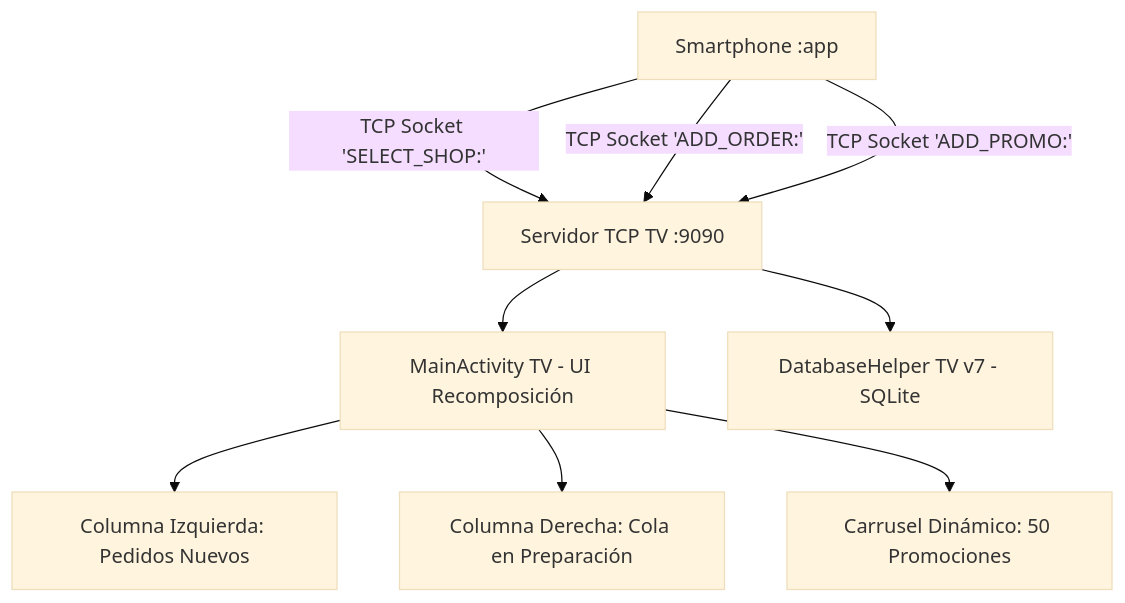
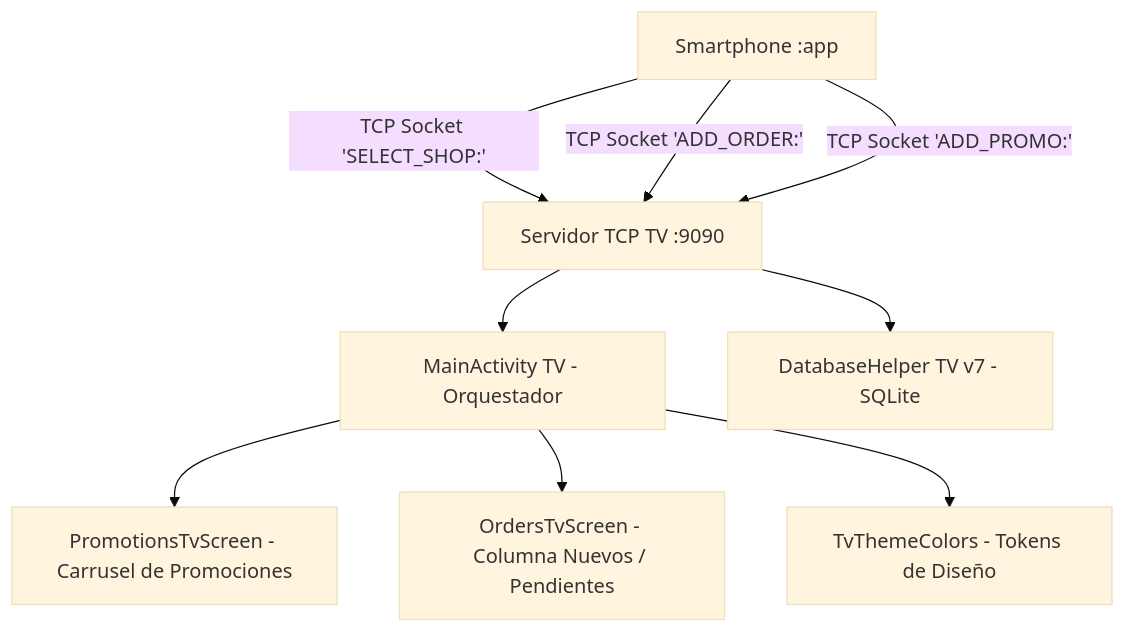
Before and after one commit to PaolaLpez/SnowTrail: the diagram in tv/README.md, drawn with Mermaid (base theme). The commit also changed other lines of this file and 36 other files, not shown here.

````diff
--- a/tv/README.md
+++ b/tv/README.md
@@ -8,11 +8,11 @@
 ```mermaid
 graph TD
     A[Smartphone :app] -->|TCP Socket 'SELECT_SHOP:<id>'| B[Servidor TCP TV :9090]
     A -->|TCP Socket 'ADD_ORDER:<datos>'| B
     A -->|TCP Socket 'ADD_PROMO:<datos>'| B
-    B --> C[MainActivity TV - UI Recomposición]
+    B --> C[MainActivity TV - Orquestador]
     B --> D[DatabaseHelper TV v7 - SQLite]
-    C --> E[Columna Izquierda: Pedidos Nuevos]
-    C --> F[Columna Derecha: Cola en Preparación]
-    C --> G[Carrusel Dinámico: 50 Promociones]
+    C --> E[PromotionsTvScreen - Carrusel de Promociones]
+    C --> F[OrdersTvScreen - Columna Nuevos / Pendientes]
+    C --> G[TvThemeColors - Tokens de Diseño]
 ```
````
